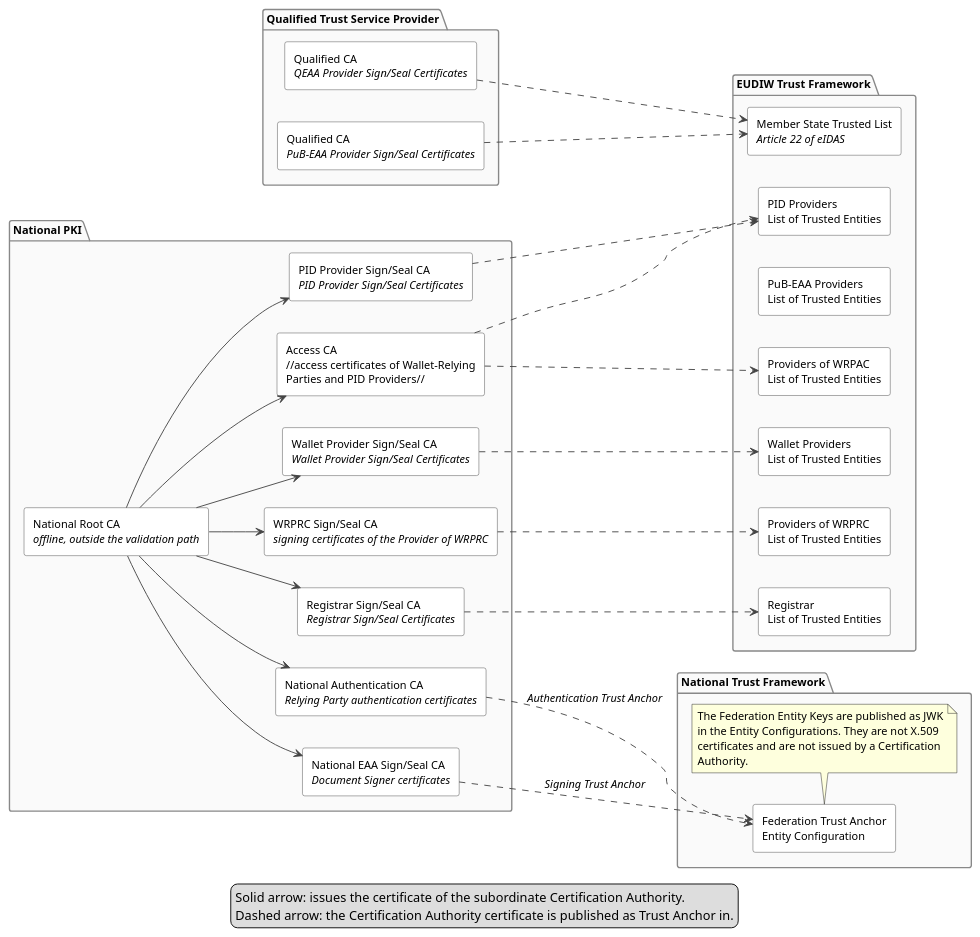
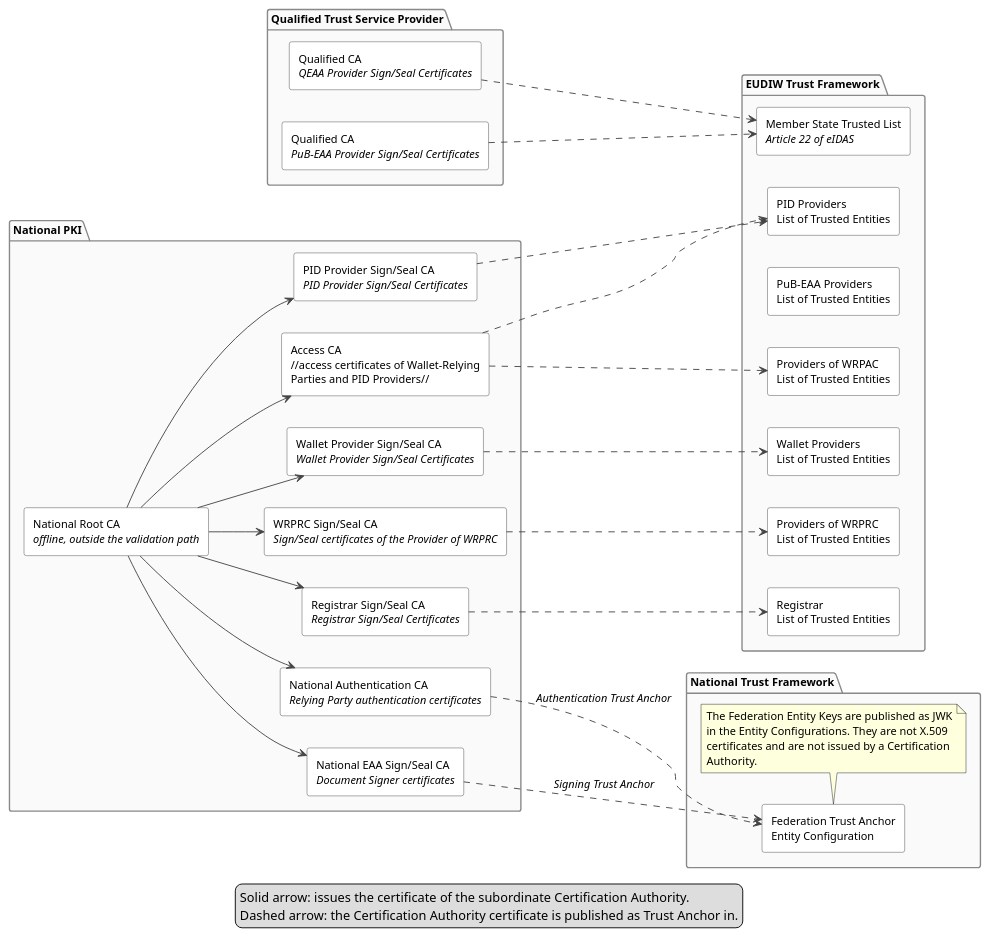
Before and after one commit to italia/eid-wallet-it-docs: the diagram in docs/en/plantuml/pki-architecture.puml, drawn with PlantUML. The commit also changed 1 other file, not shown here.

Commit message:
fix: sign/seal uml misalignement

```diff
--- a/docs/en/plantuml/pki-architecture.puml
+++ b/docs/en/plantuml/pki-architecture.puml
@@ -1,89 +1,89 @@
 @startuml
 ' Certification hierarchies and publication channel of the derived Trust Anchors.
 
 skinparam shadowing false
 skinparam defaultFontName Helvetica
 skinparam defaultFontSize 12
 skinparam ArrowColor #444444
 skinparam rectangle {
   BackgroundColor White
   BorderColor #444444
 }
 skinparam package {
   BackgroundColor #FAFAFA
   BorderColor #888888
   FontStyle bold
 }
 
 left to right direction
 
 package "National PKI" as NAT {
 
   rectangle "National Root CA\n//offline, outside the validation path//" as ROOT
 
   rectangle "PID Provider Sign/Seal CA\n//PID Provider Sign/Seal Certificates//" as CA_PIDS
   rectangle "Wallet Provider Sign/Seal CA\n//Wallet Provider Sign/Seal Certificates//" as CA_WP
   
   rectangle "Access CA\n//access certificates of Wallet-Relying\nParties and PID Providers//" as CA_WRPAC
   rectangle "National Authentication CA\n//Relying Party authentication certificates//" as CA_AUTH
-  rectangle "WRPRC Sign/Seal CA\n//signing certificates of the Provider of WRPRC//" as CA_WRPRC
+  rectangle "WRPRC Sign/Seal CA\n//Sign/Seal certificates of the Provider of WRPRC//" as CA_WRPRC
   rectangle "Registrar Sign/Seal CA\n//Registrar Sign/Seal Certificates//" as CA_REG
   rectangle "National EAA Sign/Seal CA\n//Document Signer certificates//" as CA_EAA
 }
 
 package "Qualified Trust Service Provider" as QTSP {
   rectangle "Qualified CA\n//QEAA Provider Sign/Seal Certificates//" as CA_Q
   rectangle "Qualified CA\n//PuB-EAA Provider Sign/Seal Certificates//" as CA_PUB
 }
 
 package "EUDIW Trust Framework" as PUBEU {
   rectangle "PID Providers\nList of Trusted Entities" as L_PID
   rectangle "Wallet Providers\nList of Trusted Entities" as L_WP
   rectangle "PuB-EAA Providers\nList of Trusted Entities" as L_PUB
   rectangle "Providers of WRPAC\nList of Trusted Entities" as L_WRPAC
   rectangle "Providers of WRPRC\nList of Trusted Entities" as L_WRPRC
   rectangle "Registrar\nList of Trusted Entities" as L_REG
   rectangle "Member State Trusted List\n//Article 22 of eIDAS//" as L_TL
 }
 
 package "National Trust Framework" as PUBNAT {
   rectangle "Federation Trust Anchor\nEntity Configuration" as L_FED
   note bottom
     The Federation Entity Keys are published as JWK
     in the Entity Configurations. They are not X.509
     certificates and are not issued by a Certification
     Authority.
   end note  
 }
 
 ROOT --> CA_PIDS
 ROOT --> CA_WP
 ROOT --> CA_WRPAC
 ROOT --> CA_AUTH
 ROOT --> CA_WRPRC
 ROOT --> CA_REG
 ROOT --> CA_EAA
 
 CA_PIDS ..> L_PID
 CA_WP ..> L_WP
 CA_PUB ..> L_TL
 CA_WRPAC ..> L_WRPAC
 CA_WRPAC ..> L_PID
 CA_WRPRC ..> L_WRPRC
 CA_REG ..> L_REG
 CA_Q ..> L_TL
 CA_AUTH ..> L_FED : //Authentication Trust Anchor//
 CA_EAA ..> L_FED : //Signing Trust Anchor//
 
 ' note bottom of PUBNAT
 '   The Federation Entity Keys are published as JWK
 '   in the Entity Configurations. They are not X.509
 '   certificates and are not issued by a Certification
 '   Authority.
 ' end note
 
 legend bottom
   Solid arrow: issues the certificate of the subordinate Certification Authority.
   Dashed arrow: the Certification Authority certificate is published as Trust Anchor in.
 endlegend
 @enduml
```
